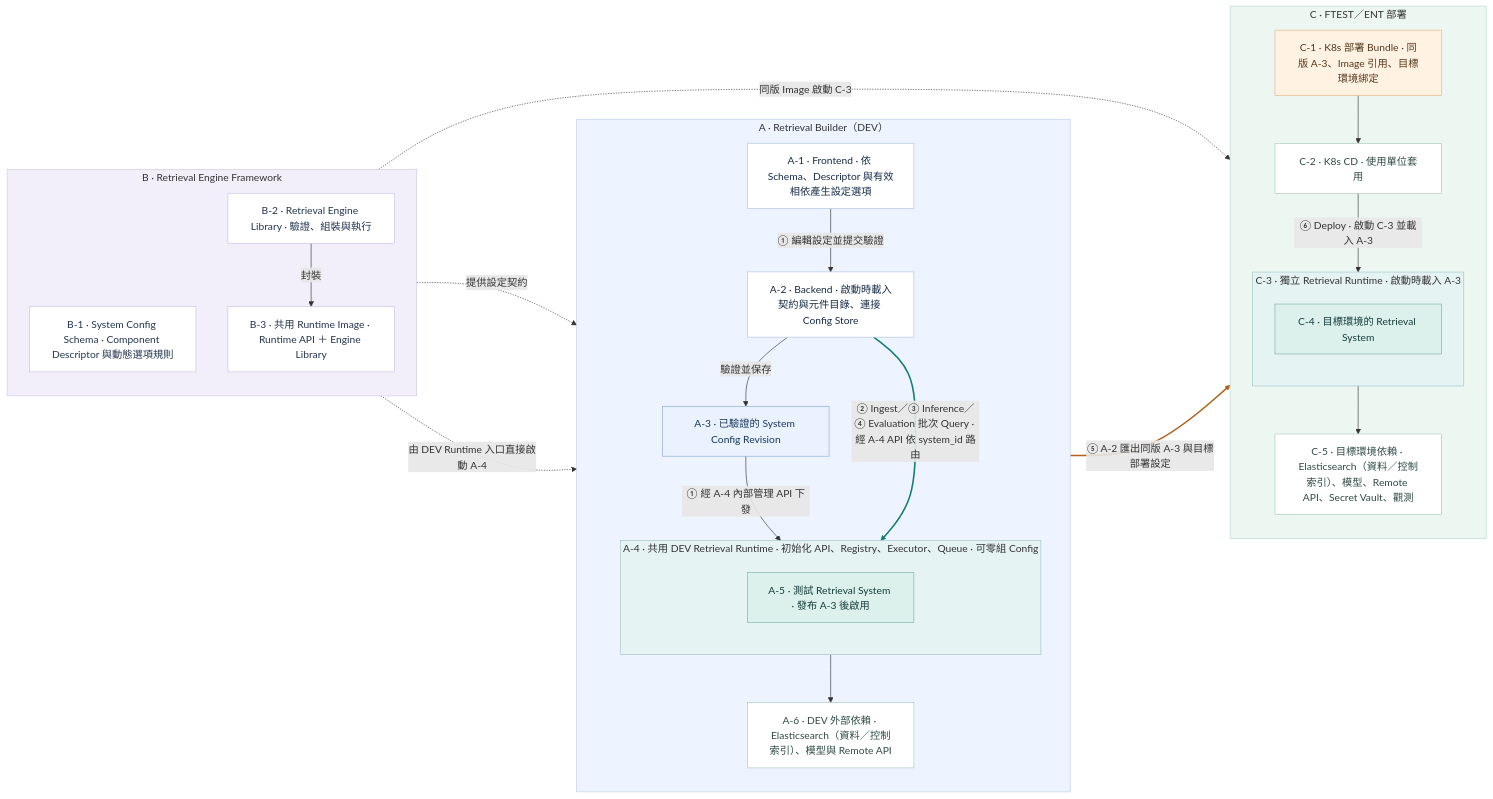
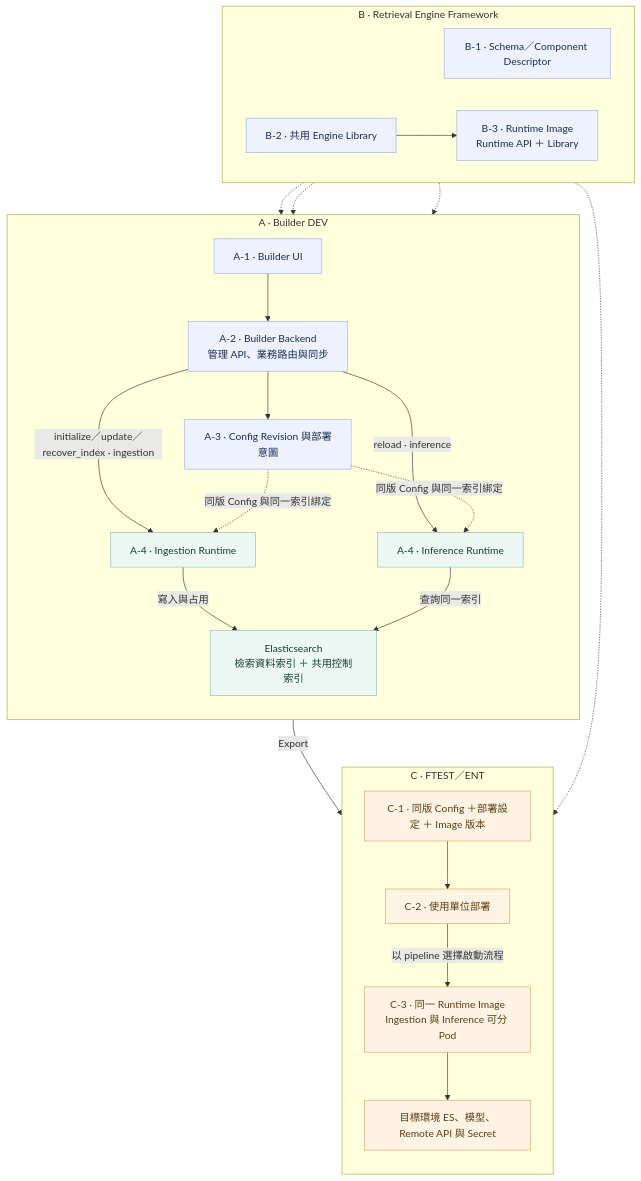
Before and after one commit to SunnyWenwen/rag_platform: the diagram in diagrams/02_infra_architecture.mmd, drawn with Mermaid. The commit also changed 17 other files, not shown here.

Commit message:
Update Builder prototype and diagrams for Runtime pipeline lifecycle

```diff
--- a/diagrams/02_infra_architecture.mmd
+++ b/diagrams/02_infra_architecture.mmd
@@ -1,77 +1,38 @@
-flowchart LR
-  %% Architecture groups A, B and C contain locally numbered boxes.
-  %% Solid blue: Config publication and deployment. Teal: business API use.
-  %% Dashed: artifacts or contracts delivered by the Engine Framework.
-  %% Orange: export of the approved logical Config and target deployment settings.
-  %% 1 設定與啟用：在 A-1 設定，A-2 驗證並發布 A-3。A-4 套用設定，啟用 A-5。
-  %% 2 Ingest：從 A-1 上傳，A-2 提交匯入。A-5 處理文件，寫入 A-6 的索引。
-  %% 3 Inference：從 A-1 提問，A-2 送出查詢。A-4 路由到 A-5，並回傳結果。
-  %% 4 Evaluation：在 A-1 啟動評估。Runner 批次查詢 A-5 並彙整結果。
-  %% 5 Export：A-2 匯出同版 A-3 與部署設定。產生 C-1 部署 Bundle。
-  %% 6 Deploy：使用單位透過 C-2 套用 C-1。啟動 C-3，建立 C-4。
-  %% A starts shared A-4 directly from B-2. B-3 carries the Runtime API and Library for deployment to C-3.
-  %% A-4 can start with no Config; publishing A-3 enables A-5.
+flowchart TB
+  %% 同名 SVG 固定版面，PNG 由 SVG 轉出。
+  subgraph B["B · Retrieval Engine Framework"]
+    direction LR
+    B1["B-1 · Schema／Component Descriptor"]
+    B2["B-2 · 共用 Engine Library"] --> B3["B-3 · Runtime Image<br/>Runtime API ＋ Library"]
+  end
+  subgraph A["A · Builder DEV"]
+    direction TB
+    A1["A-1 · Builder UI"] --> A2["A-2 · Builder Backend<br/>管理 API、業務路由與同步"]
+    A2 --> A3["A-3 · Config Revision 與部署意圖"]
+    A2 -->|"initialize／update／recover_index · ingestion"| Ing["A-4 · Ingestion Runtime"]
+    A2 -->|"reload · inference"| Inf["A-4 · Inference Runtime"]
+    %% detach 卸載單一流程並保留 ES 索引。System DELETE 清除受管索引。
+    Ing -->|"寫入與占用"| ES["Elasticsearch<br/>檢索資料索引 ＋ 共用控制索引"]
+    Inf -->|"查詢同一索引"| ES
+    A3 -. "同版 Config 與同一索引綁定" .-> Ing
+    A3 -. "同版 Config 與同一索引綁定" .-> Inf
+  end
+  subgraph C["C · FTEST／ENT"]
+    direction TB
+    C1["C-1 · 同版 Config ＋部署設定 ＋ Image 版本"]
+    C1 --> C2["C-2 · 使用單位部署"]
+    C2 -->|"以 pipeline 選擇啟動流程"| C3["C-3 · 同一 Runtime Image<br/>Ingestion 與 Inference 可分 Pod"]
+    C3 --> C5["目標環境 ES、模型、Remote API 與 Secret"]
+  end
+  B1 -.-> A2
+  B2 -.-> Ing
+  B2 -.-> Inf
+  B3 -.-> C3
+  A3 -->|"Export"| C1
 
-  subgraph A["A · Retrieval Builder（DEV）"]
-    direction TB
-    A1["A-1 · Frontend · 依 Schema、Descriptor 與有效相依產生設定選項"]
-    A2["A-2 · Backend · 啟動時載入契約與元件目錄、連接 Config Store"]
-    A3["A-3 · 已驗證的 System Config Revision"]
-    subgraph A4["A-4 · 共用 DEV Retrieval Runtime · 初始化 API、Registry、Executor、Queue · 可零組 Config"]
-      direction TB
-      A5["A-5 · 測試 Retrieval System · 發布 A-3 後啟用"]
-    end
-    A6["A-6 · DEV 外部依賴 · Elasticsearch（資料／控制索引）、模型與 Remote API"]
-    A1 -->|"① 編輯設定並提交驗證"| A2
-    A2 -->|"驗證並保存"| A3
-    A3 -->|"① 經 A-4 內部管理 API 下發"| A5
-    A2 -->|"② Ingest／③ Inference／④ Evaluation 批次 Query · 經 A-4 API 依 system_id 路由"| A5
-    A5 --> A6
-  end
-
-  subgraph B["B · Retrieval Engine Framework"]
-    direction TB
-    B1["B-1 · System Config Schema · Component Descriptor 與動態選項規則"]
-    B2["B-2 · Retrieval Engine Library · 驗證、組裝與執行"]
-    B3["B-3 · 共用 Runtime Image · Runtime API ＋ Engine Library"]
-    B2 -->|"封裝"| B3
-  end
-
-  subgraph C["C · FTEST／ENT 部署"]
-    direction TB
-    C1["C-1 · K8s 部署 Bundle · 同版 A-3、Image 引用、目標環境綁定"]
-    C2["C-2 · K8s CD · 使用單位套用"]
-    subgraph C3["C-3 · 獨立 Retrieval Runtime · 啟動時載入 A-3"]
-      direction TB
-      C4["C-4 · 目標環境的 Retrieval System"]
-    end
-    C5["C-5 · 目標環境依賴 · Elasticsearch（資料／控制索引）、模型、Remote API、Secret Vault、觀測"]
-    C1 --> C2
-    C2 -->|"⑥ Deploy · 啟動 C-3 並載入 A-3"| C4
-    C4 --> C5
-  end
-
-  B1 -.->|"提供設定契約"| A2
-  B2 -.->|"由 DEV Runtime 入口直接啟動 A-4"| A4
-  B3 -.->|"同版 Image 啟動 C-3"| C3
-  A3 -->|"⑤ A-2 匯出同版 A-3 與目標部署設定"| C1
-
-  classDef builder fill:#ffffff,stroke:#aec2df,color:#172c48
-  classDef engine fill:#ffffff,stroke:#c8c2e9,color:#253450
-  classDef config fill:#eaf1ff,stroke:#88a9d9,color:#17365d
-  classDef system fill:#ddf1ec,stroke:#78b3a4,color:#153c3b
-  classDef infra fill:#ffffff,stroke:#a7cbbe,color:#2e4b45
-  classDef bundle fill:#fff2e2,stroke:#e5b47c,color:#58381e
-  class A1,A2 builder
-  class B1,B2,B3 engine
-  class A3 config
-  class A5,C4 system
-  class A6,C5,C2 infra
-  class C1 bundle
-  style A fill:#eef4ff,stroke:#bbcee8
-  style B fill:#f2effa,stroke:#d1c9e8
-  style C fill:#edf7f2,stroke:#b6dace
-  style A4 fill:#e6f3f3,stroke:#a0c2c5
-  style C3 fill:#e6f3f3,stroke:#a0c2c5
-  linkStyle 3 stroke:#147e75,stroke-width:2.5px
-  linkStyle 12 stroke:#af6217,stroke-width:2.5px
+  classDef builder fill:#eef2ff,stroke:#a0aee4,color:#1b2d57
+  classDef runtime fill:#edf8f4,stroke:#8fbcac,color:#173e36
+  classDef deploy fill:#fff4e4,stroke:#d5a665,color:#5a3c16
+  class B1,B2,B3,A1,A2,A3 builder
+  class Ing,Inf,ES runtime
+  class C1,C2,C3,C5 deploy
```
